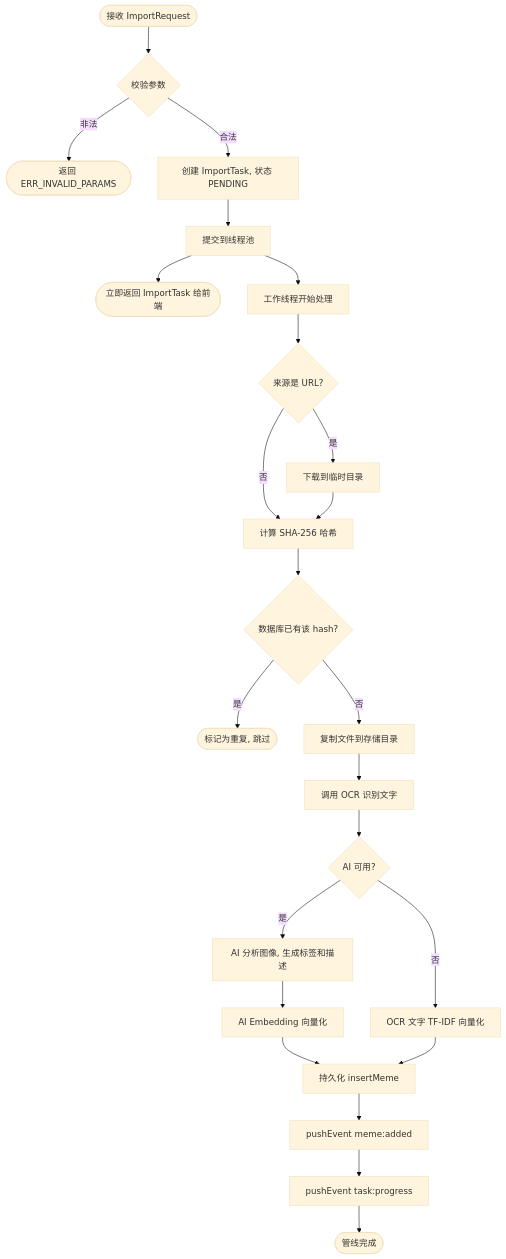
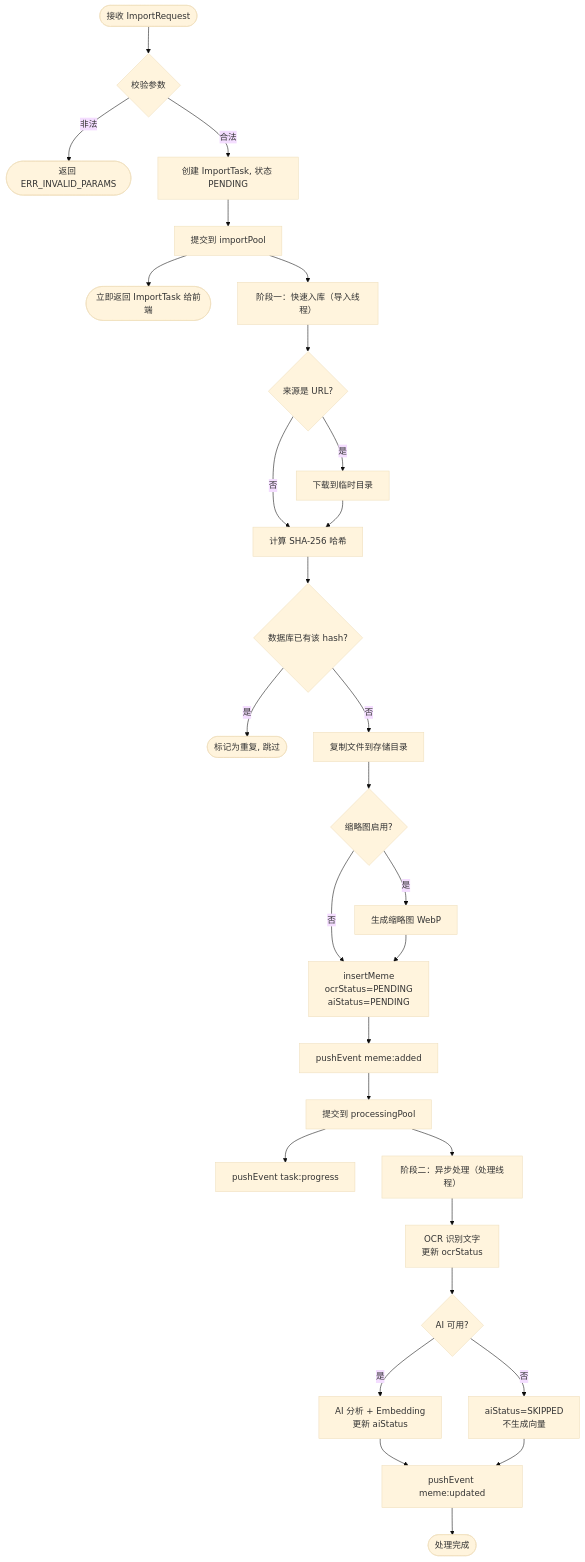
The second of 2 diagrams in docs/arch/cpp_core.md (MintITes/QuickMemes), drawn with Mermaid (base theme) before and after one commit. The commit also changed other lines of this file and 7 other files, not shown here.

````diff
--- a/docs/arch/cpp_core.md
+++ b/docs/arch/cpp_core.md
@@ -364,27 +508,33 @@
 ```mermaid
 flowchart TD
     START([接收 ImportRequest]) --> VALIDATE{校验参数}
     VALIDATE -->|非法| ERR_RET([返回 ERR_INVALID_PARAMS])
     VALIDATE -->|合法| CREATE[创建 ImportTask, 状态 PENDING]
-    CREATE --> SUBMIT[提交到线程池]
+    CREATE --> SUBMIT[提交到 importPool]
     SUBMIT --> RETURN_TASK([立即返回 ImportTask 给前端])
 
-    SUBMIT --> WORKER[工作线程开始处理]
+    SUBMIT --> WORKER["阶段一：快速入库（导入线程）"]
     WORKER --> DOWNLOAD{来源是 URL?}
     DOWNLOAD -->|是| DL[下载到临时目录]
     DOWNLOAD -->|否| HASH
     DL --> HASH[计算 SHA-256 哈希]
     HASH --> DEDUP{数据库已有该 hash?}
     DEDUP -->|是| SKIP([标记为重复, 跳过])
     DEDUP -->|否| COPY[复制文件到存储目录]
-    COPY --> OCR_STEP[调用 OCR 识别文字]
+    COPY --> THUMB{缩略图启用?}
+    THUMB -->|是| GEN_THUMB[生成缩略图 WebP]
+    THUMB -->|否| INSERT
+    GEN_THUMB --> INSERT["insertMeme\nocrStatus=PENDING\naiStatus=PENDING"]
+    INSERT --> PUSH_ADDED[pushEvent meme:added]
+    PUSH_ADDED --> QUEUE_PROC[提交到 processingPool]
+    QUEUE_PROC --> UPDATE_PROGRESS[pushEvent task:progress]
+
+    QUEUE_PROC --> PROC["阶段二：异步处理（处理线程）"]
+    PROC --> OCR_STEP["OCR 识别文字\n更新 ocrStatus"]
     OCR_STEP --> AI_CHECK{AI 可用?}
-    AI_CHECK -->|是| AI_STEP[AI 分析图像, 生成标签和描述]
-    AI_CHECK -->|否| EMBED_SIMPLE[OCR 文字 TF-IDF 向量化]
-    AI_STEP --> EMBED_AI[AI Embedding 向量化]
-    EMBED_AI --> INSERT
-    EMBED_SIMPLE --> INSERT[持久化 insertMeme]
-    INSERT --> PUSH_ADDED[pushEvent meme:added]
-    PUSH_ADDED --> UPDATE_PROGRESS[pushEvent task:progress]
-    UPDATE_PROGRESS --> DONE([管线完成])
+    AI_CHECK -->|是| AI_STEP["AI 分析 + Embedding\n更新 aiStatus"]
+    AI_CHECK -->|否| AI_SKIP["aiStatus=SKIPPED\n不生成向量"]
+    AI_STEP --> PUSH_UPDATED[pushEvent meme:updated]
+    AI_SKIP --> PUSH_UPDATED
+    PUSH_UPDATED --> DONE([处理完成])
 ```
````
